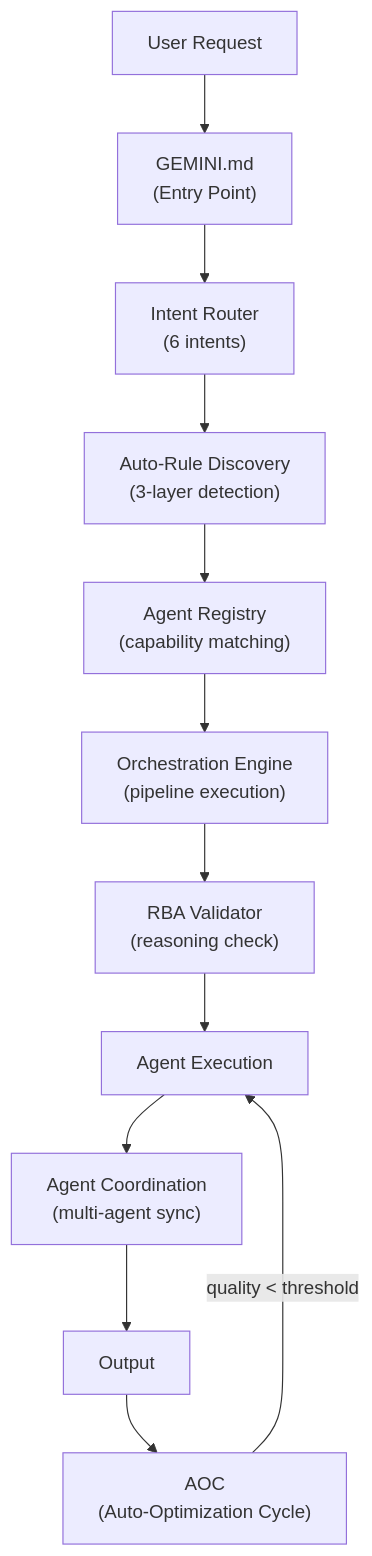
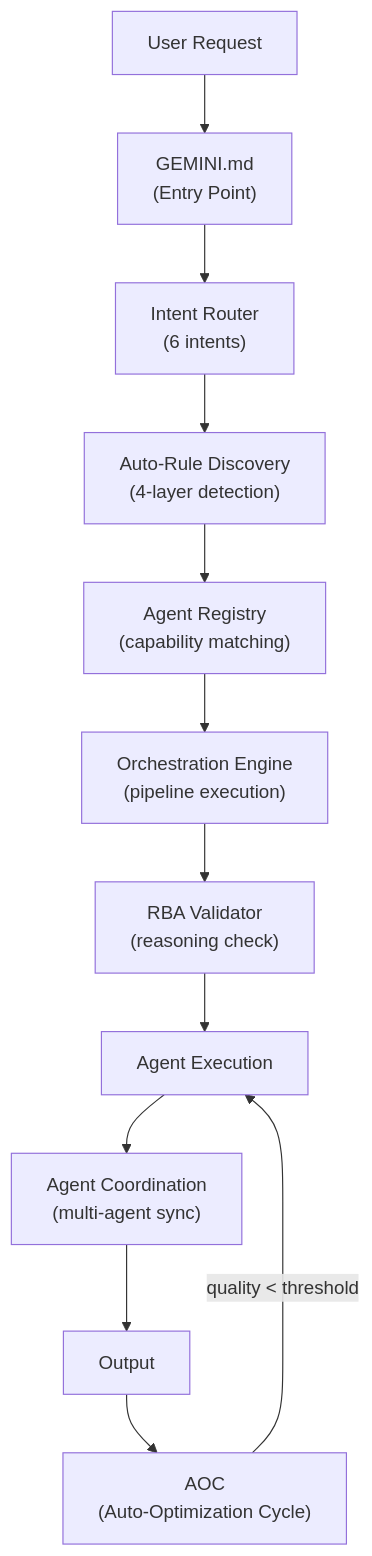
The first of 2 diagrams in .agent/docs/systems/SYSTEMS-CATALOG.md (tuyenht/Antigravity-Core), drawn with Mermaid before and after one commit. The commit also changed 29 other files, not shown here.

First line of the commit message:
feat: Platinum Elevation - /init-docs workflow + 4-Layer detection + docs standardization

````diff
--- a/.agent/docs/systems/SYSTEMS-CATALOG.md
+++ b/.agent/docs/systems/SYSTEMS-CATALOG.md
@@ -17,14 +17,14 @@
 ```mermaid
 graph TD
     A["User Request"] --> B["GEMINI.md<br/>(Entry Point)"]
     B --> IR["Intent Router<br/>(6 intents)"]
-    IR --> C["Auto-Rule Discovery<br/>(3-layer detection)"]
+    IR --> C["Auto-Rule Discovery<br/>(4-layer detection)"]
     C --> D["Agent Registry<br/>(capability matching)"]
     D --> E["Orchestration Engine<br/>(pipeline execution)"]
     E --> F["RBA Validator<br/>(reasoning check)"]
     F --> G["Agent Execution"]
     G --> H["Agent Coordination<br/>(multi-agent sync)"]
     H --> I["Output"]
     I --> J["AOC<br/>(Auto-Optimization Cycle)"]
     J -->|"quality < threshold"| G
 ```
````
